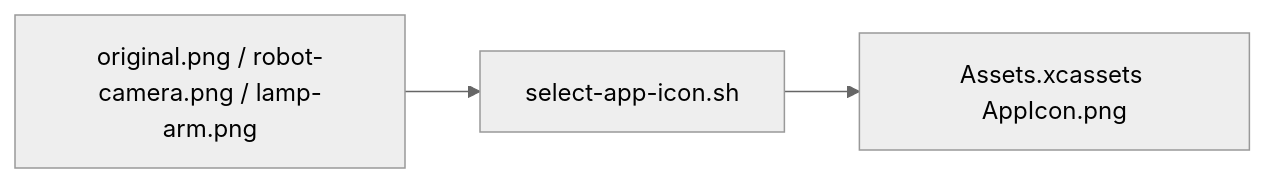
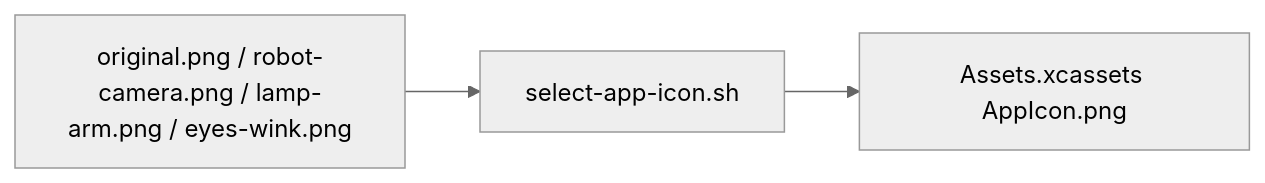
The diagram in MobileHarness/Resources/AppIconVariants/README.md (devilyouwei/MobileHarness), drawn with Mermaid (neutral theme) before and after one commit. The commit also changed other lines of this file and 29 other files, not shown here.

Commit message:
Refresh app icon and README with playful blue eyes

````diff
--- a/MobileHarness/Resources/AppIconVariants/README.md
+++ b/MobileHarness/Resources/AppIconVariants/README.md
@@ -15,5 +15,5 @@
 ```mermaid
 flowchart LR
- Artwork[original.png / robot-camera.png / lamp-arm.png] --> Selector[select-app-icon.sh]
+ Artwork[original.png / robot-camera.png / lamp-arm.png / eyes-wink.png] --> Selector[select-app-icon.sh]
  Selector --> Asset[Assets.xcassets AppIcon.png]
 ```
````
